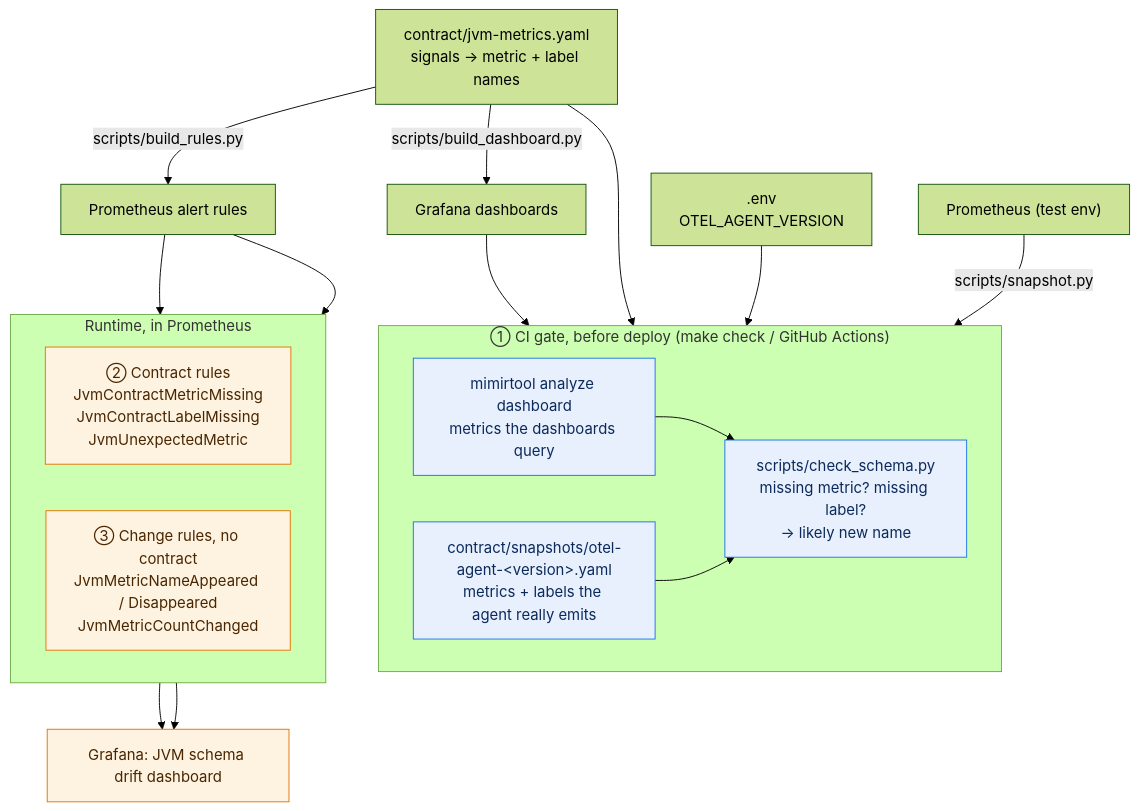
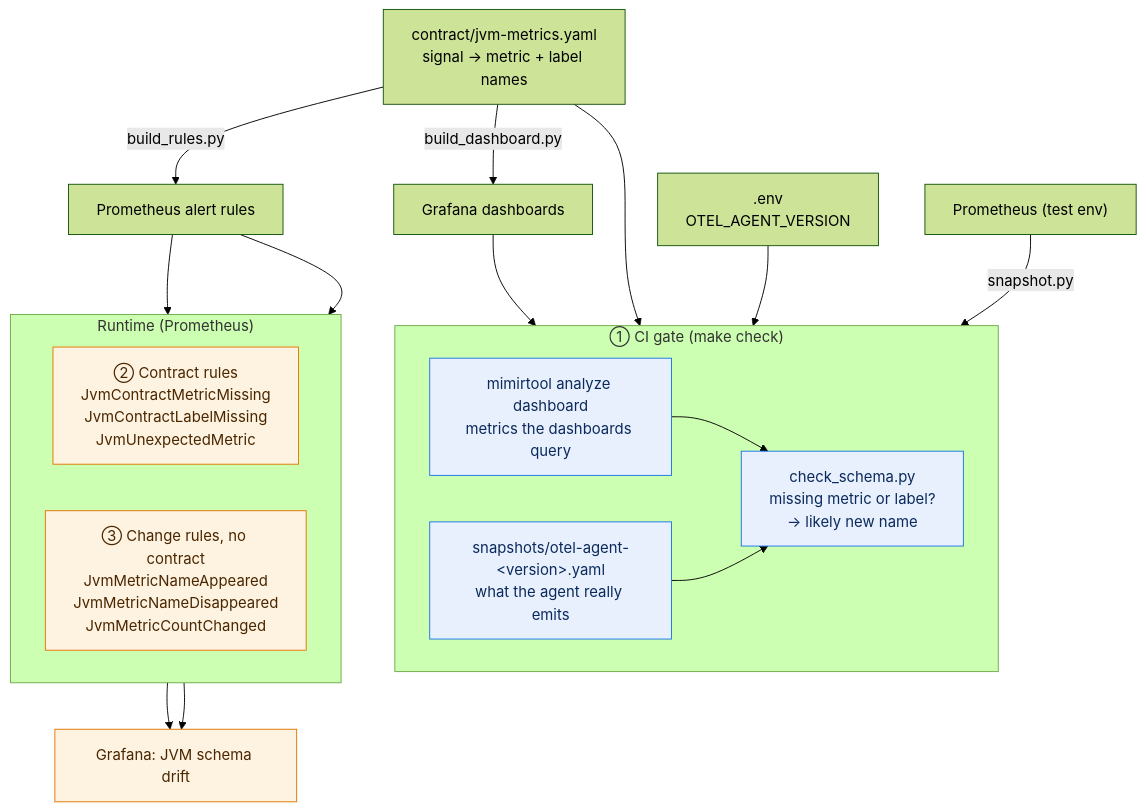
One commit to imenbkr/demo-otel-jvm-schema-drift changed the third of 3 diagrams in README.md. Above: the diagram before and after it, drawn with Mermaid (forest theme). The commit also changed other lines of this file and 6 other files, not shown here.

Commit message:
Fix diagram rendering on GitHub and add PNG exports

````diff
--- a/README.md
+++ b/README.md
@@ -106,32 +106,32 @@
 ```mermaid
 flowchart TB
-  contract["contract/jvm-metrics.yaml<br/>signals → metric + label names"]
-  contract -->|scripts/build_dashboard.py| dash["Grafana dashboards"]
-  contract -->|scripts/build_rules.py| rules["Prometheus alert rules"]
+  contract["contract/jvm-metrics.yaml<br/>signal → metric + label names"]
+  contract -->|build_dashboard.py| dash["Grafana dashboards"]
+  contract -->|build_rules.py| rules["Prometheus alert rules"]
 
-  subgraph ci["① CI gate, before deploy (make check / GitHub Actions)"]
+  subgraph ci["① CI gate (make check)"]
     direction LR
     mimir["mimirtool analyze dashboard<br/>metrics the dashboards query"]
-    snap["contract/snapshots/otel-agent-&lt;version&gt;.yaml<br/>metrics + labels the agent really emits"]
-    check["scripts/check_schema.py<br/>missing metric? missing label?<br/>→ likely new name"]
+    snap["snapshots/otel-agent-#lt;version#gt;.yaml<br/>what the agent really emits"]
+    check["check_schema.py<br/>missing metric or label?<br/>→ likely new name"]
     mimir --> check
     snap --> check
   end
   dash --> mimir
   contract --> check
   env[".env<br/>OTEL_AGENT_VERSION"] --> check
+  testprom["Prometheus (test env)"] -->|snapshot.py| snap
 
-  subgraph rt["Runtime, in Prometheus"]
+  subgraph rt["Runtime (Prometheus)"]
     direction LR
     r2["② Contract rules<br/>JvmContractMetricMissing<br/>JvmContractLabelMissing<br/>JvmUnexpectedMetric"]
-    r3["③ Change rules, no contract<br/>JvmMetricNameAppeared / Disappeared<br/>JvmMetricCountChanged"]
+    r3["③ Change rules, no contract<br/>JvmMetricNameAppeared<br/>JvmMetricNameDisappeared<br/>JvmMetricCountChanged"]
   end
   rules --> r2 & r3
-  r2 & r3 --> drift["Grafana: JVM schema drift dashboard"]
-  prom["Prometheus (test env)"] -->|scripts/snapshot.py| snap
+  r2 & r3 --> drift["Grafana: JVM schema drift"]
 
   classDef gate fill:#e8f0fe,stroke:#1a73e8,color:#0b2a5b
   classDef run fill:#fef3e0,stroke:#e37400,color:#4a2600
   class mimir,snap,check gate
   class r2,r3,drift run
 ```
````
